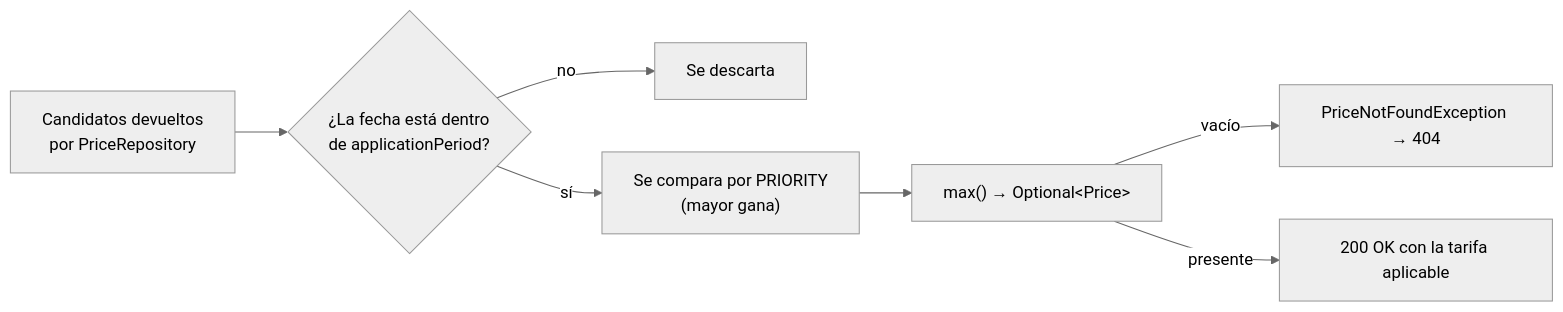
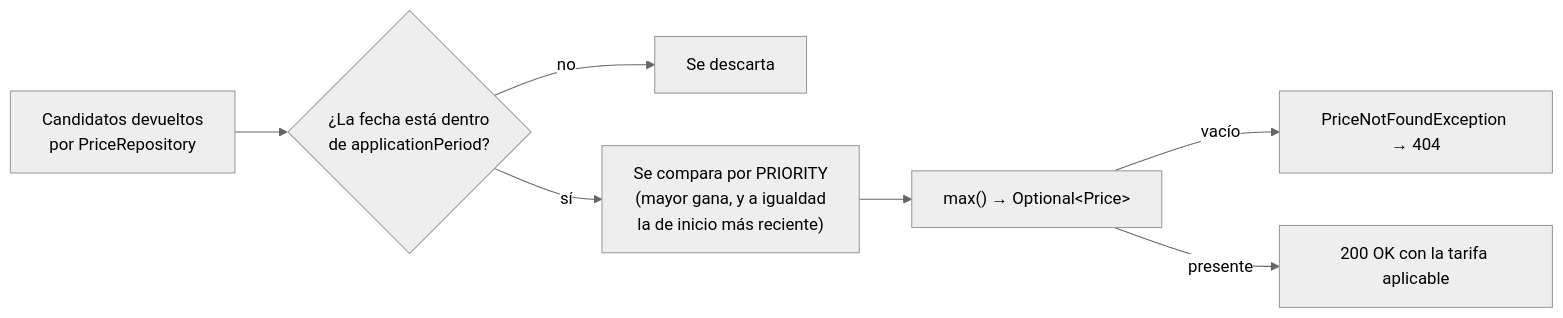
One commit to emanuelmcp/bcnc-inditex changed the fourth of 6 diagrams in README.md. Above: the diagram before and after it, drawn with Mermaid (neutral theme). The commit also changed other lines of this file, not shown here.

````diff
--- a/README.md
+++ b/README.md
@@ -185,9 +186,9 @@
 ```mermaid
 flowchart LR
     A["Candidatos devueltos<br/>por PriceRepository"] --> B{"¿La fecha está dentro<br/>de applicationPeriod?"}
     B -- no --> D["Se descarta"]
-    B -- sí --> C["Se compara por PRIORITY<br/>(mayor gana)"]
+    B -- sí --> C["Se compara por PRIORITY<br/>(mayor gana, y a igualdad<br/>la de inicio más reciente)"]
     C --> E["max() → Optional&lt;Price&gt;"]
     E -- vacío --> F["PriceNotFoundException → 404"]
     E -- presente --> G["200 OK con la tarifa aplicable"]
 ```
````
